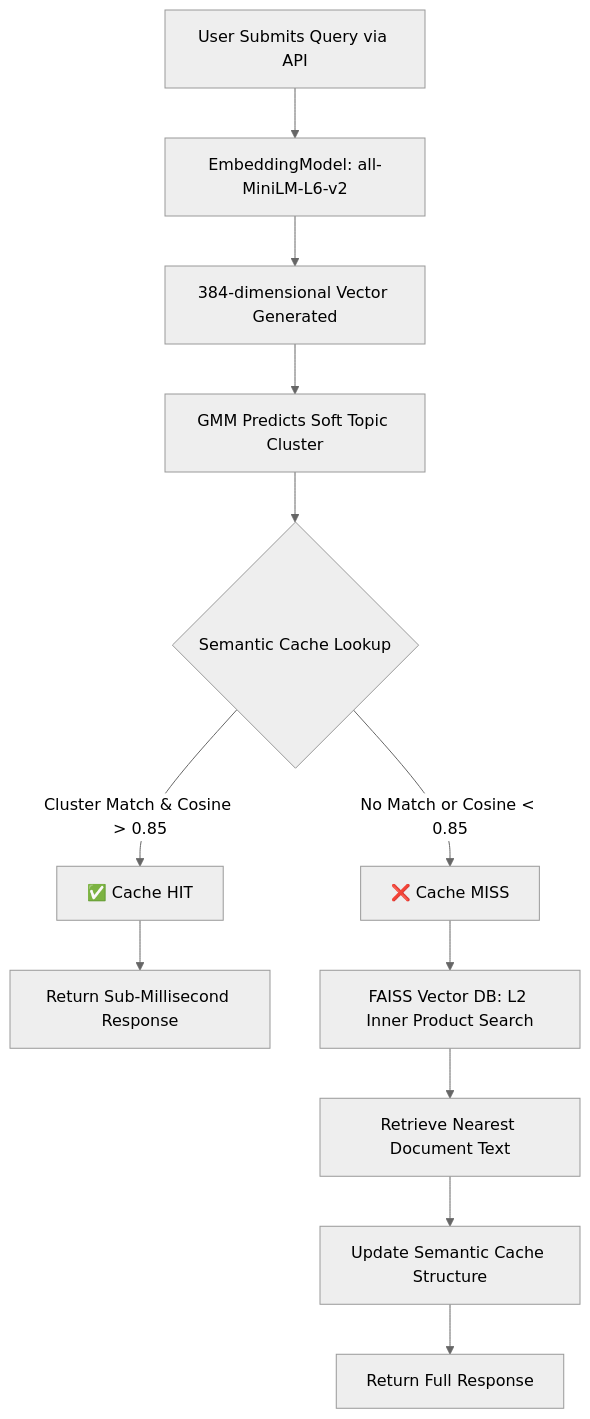
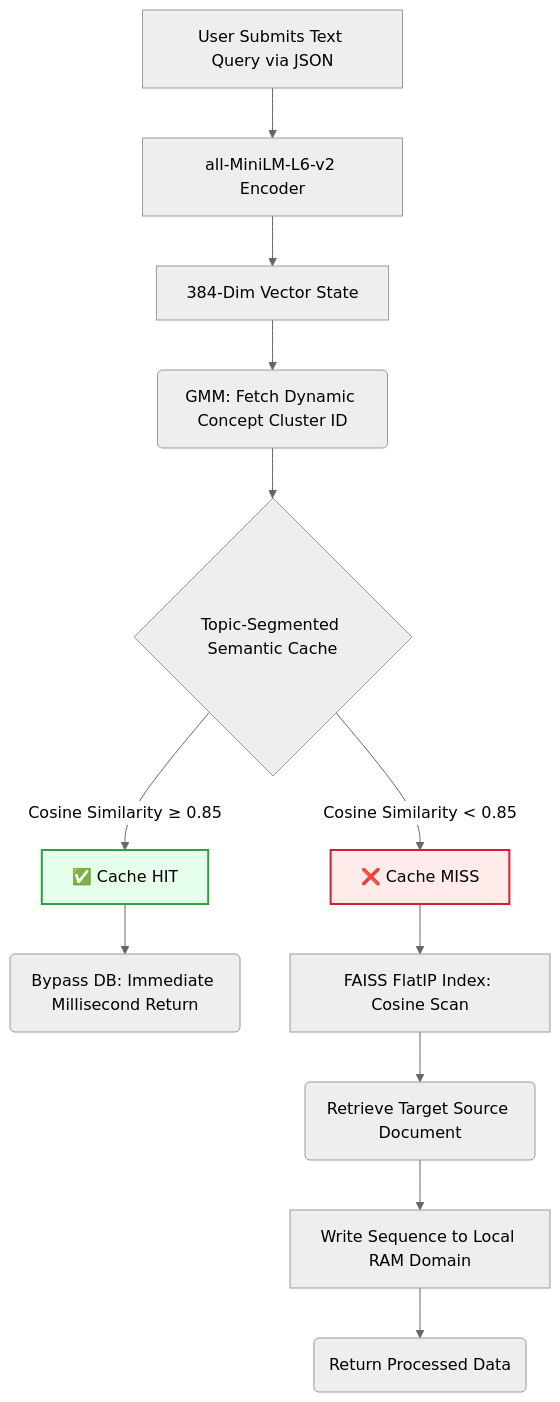
Before and after one commit to SaiNihar18/semantic-cache-search: the diagram in README.md, drawn with Mermaid (neutral theme). The commit also changed other lines of this file, not shown here.

Commit message:
Enhance README visual formatting, tone, and add architecture tables

````diff
--- a/README.md
+++ b/README.md
@@ -23,17 +29,26 @@
 ```mermaid
 graph TD
-    A[User Submits Query via API] --> B[EmbeddingModel: all-MiniLM-L6-v2]
-    B --> C[384-dimensional Vector Generated]
+    %% Core Inputs
+    A[User Submits Text Query via JSON] --> B[all-MiniLM-L6-v2 Encoder]
+    B --> C[384-Dim Vector State]
     
-    C --> D[GMM Predicts Soft Topic Cluster]
-    D --> E{Semantic Cache Lookup}
+    %% Prediction Routing
+    C --> D(GMM: Fetch Dynamic Concept Cluster ID)
+    D --> E{Topic-Segmented Semantic Cache}
     
-    E -- Cluster Match & Cosine > 0.85 --> F[✅ Cache HIT]
-    F --> G[Return Sub-Millisecond Response]
+    %% Cache Logic Branches
+    E -- Cosine Similarity ≥ 0.85 --> F[✅ Cache HIT]
+    F --> G(Bypass DB: Immediate Millisecond Return)
     
-    E -- No Match or Cosine < 0.85 --> H[❌ Cache MISS]
-    H --> I[FAISS Vector DB: L2 Inner Product Search]
-    I --> J[Retrieve Nearest Document Text]
-    J --> K[Update Semantic Cache Structure]
-    K --> L[Return Full Response]
+    E -- Cosine Similarity < 0.85 --> H[❌ Cache MISS]
+    H --> I[FAISS FlatIP Index: Cosine Scan]
+    I --> J(Retrieve Target Source Document)
+    J --> K[Write Sequence to Local RAM Domain]
+    K --> L(Return Processed Data)
+
+    %% Styling
+    classDef hit fill:#e6ffed,stroke:#2ea043,stroke-width:2px,color:#000;
+    classDef miss fill:#ffebe9,stroke:#cf222e,stroke-width:2px,color:#000;
+    class F hit;
+    class H miss;
 ```
````
